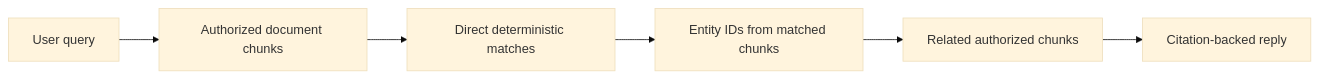
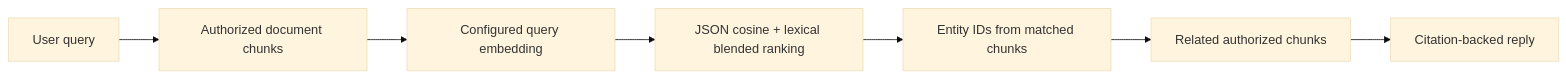
One commit to heecheon92/my-agents changed the second of 3 diagrams in docs/portfolio-chat-service/06-permission-aware-rag.md. Above: the diagram before and after it, drawn with Mermaid (base theme). The commit also changed other lines of this file and 21 other files, not shown here.

````diff
--- a/docs/portfolio-chat-service/06-permission-aware-rag.md
+++ b/docs/portfolio-chat-service/06-permission-aware-rag.md
@@ -69,8 +69,9 @@
 ```mermaid
 flowchart LR
     Query[User query] --> AuthRows[Authorized document chunks]
-    AuthRows --> Direct[Direct deterministic matches]
+    AuthRows --> QueryEmbedding[Configured query embedding]
+    QueryEmbedding --> Direct[JSON cosine + lexical blended ranking]
     Direct --> Entities[Entity IDs from matched chunks]
     Entities --> Expansion[Related authorized chunks]
     Expansion --> Compose[Citation-backed reply]
 ```
````
